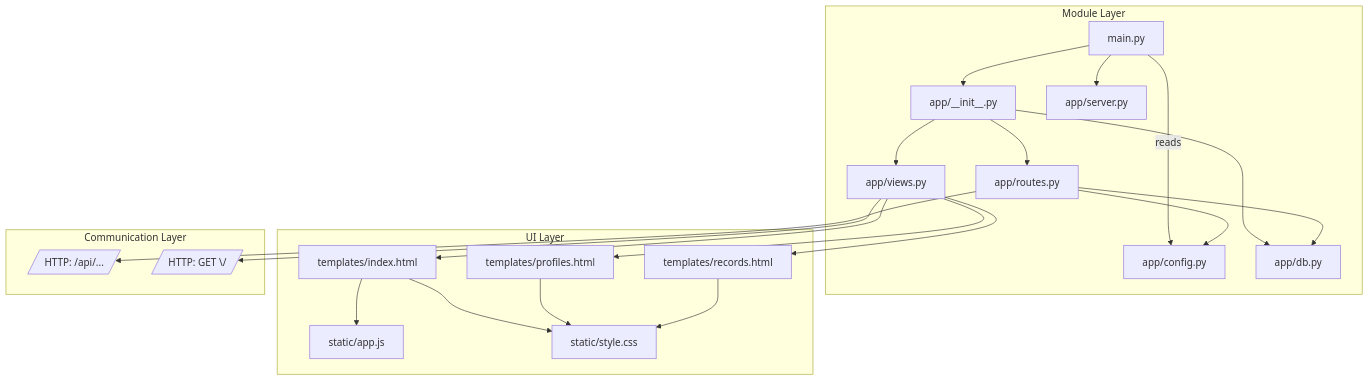
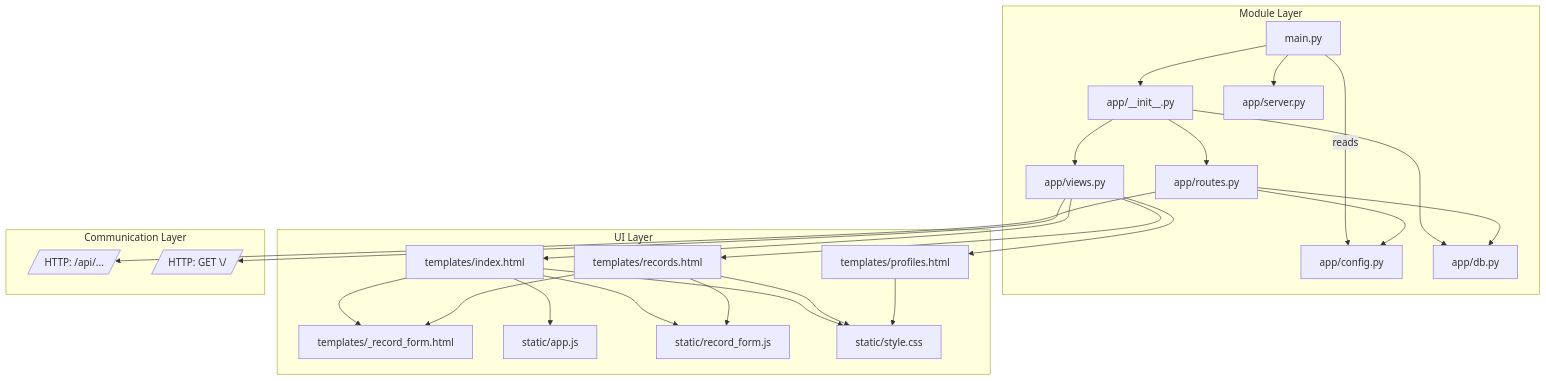
Before and after one commit to kittawat-thongpud/SSH_log_tools: the diagram in docs/module-architecture.md, drawn with Mermaid. The commit also changed 7 other files, not shown here.

Commit message:
feat: add reusable record form widget

````diff
--- a/docs/module-architecture.md
+++ b/docs/module-architecture.md
@@ -14,44 +14,50 @@
 ```mermaid
 graph TD
   subgraph Module Layer
     A[main.py]
     B[app/__init__.py]
     C[app/server.py]
     D[app/config.py]
     E[app/routes.py]
     F[app/views.py]
     G[app/db.py]
   end
 
   subgraph UI Layer
     T[templates/index.html]
     TP[templates/profiles.html]
     TR[templates/records.html]
+    TF[templates/_record_form.html]
     S[static/app.js]
+    RF[static/record_form.js]
     CSS[static/style.css]
   end
 
   A --> B
   A --> C
   A -->|reads| D
   B --> E
   B --> F
   B --> G
   E --> D
   E --> G
   F --> T
   F --> TP
   F --> TR
+  T --> TF
+  TR --> TF
   T --> S
+  T --> RF
   T --> CSS
+  TR --> RF
+  TR --> CSS
   TP --> CSS
-  TR --> CSS
 
   subgraph Communication Layer
     API[/HTTP: /api/.../]
     WEB[/HTTP: GET \//]
   end
 
   E --> API
   F --> WEB
 ```
````
